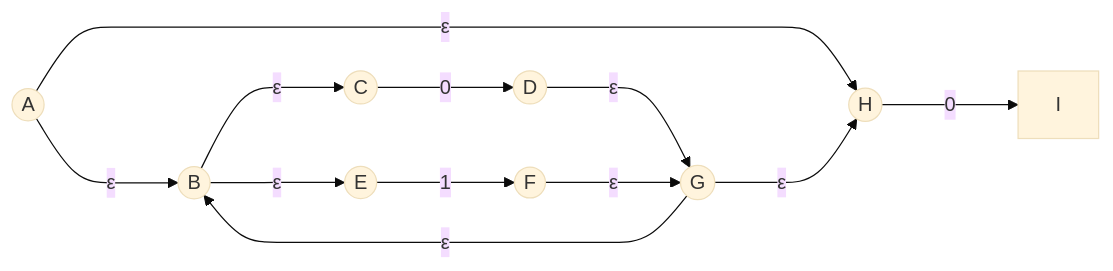
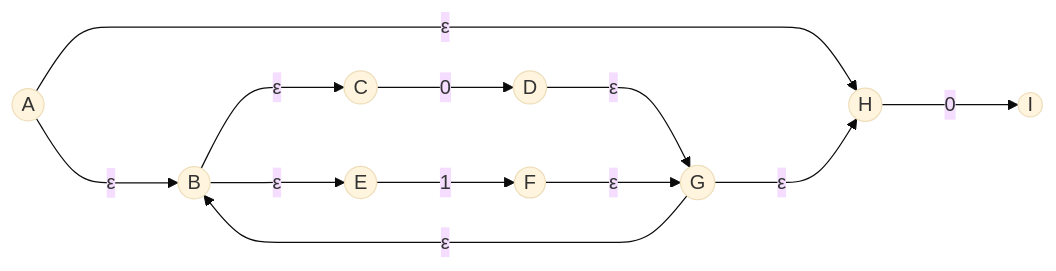
One commit to jayagarsi/jayagarsi.github.io changed the second of 2 diagrams in content/projects/regex-parser.md. Above: the diagram before and after it, drawn with Mermaid (base theme). The commit also changed other lines of this file, not shown here.

Commit message:
fix(regex): node format

```diff
--- a/content/projects/regex-parser.md
+++ b/content/projects/regex-parser.md
@@ -30,14 +30,14 @@
 <pre class="mermaid">
 graph LR
     A((A)) --->|ε| B((B))
     A --->|ε| H((H))
     B --->|ε| C((C))
     B --->|ε| E((E))
     C --->|0| D((D))
     D --->|ε| G((G))
     E --->|1| F((F))
     F --->|ε| G
     G --->|ε| H
     G --->|ε| B
-    H --->|0| I
+    H --->|0| I((I))
 </pre>
```
